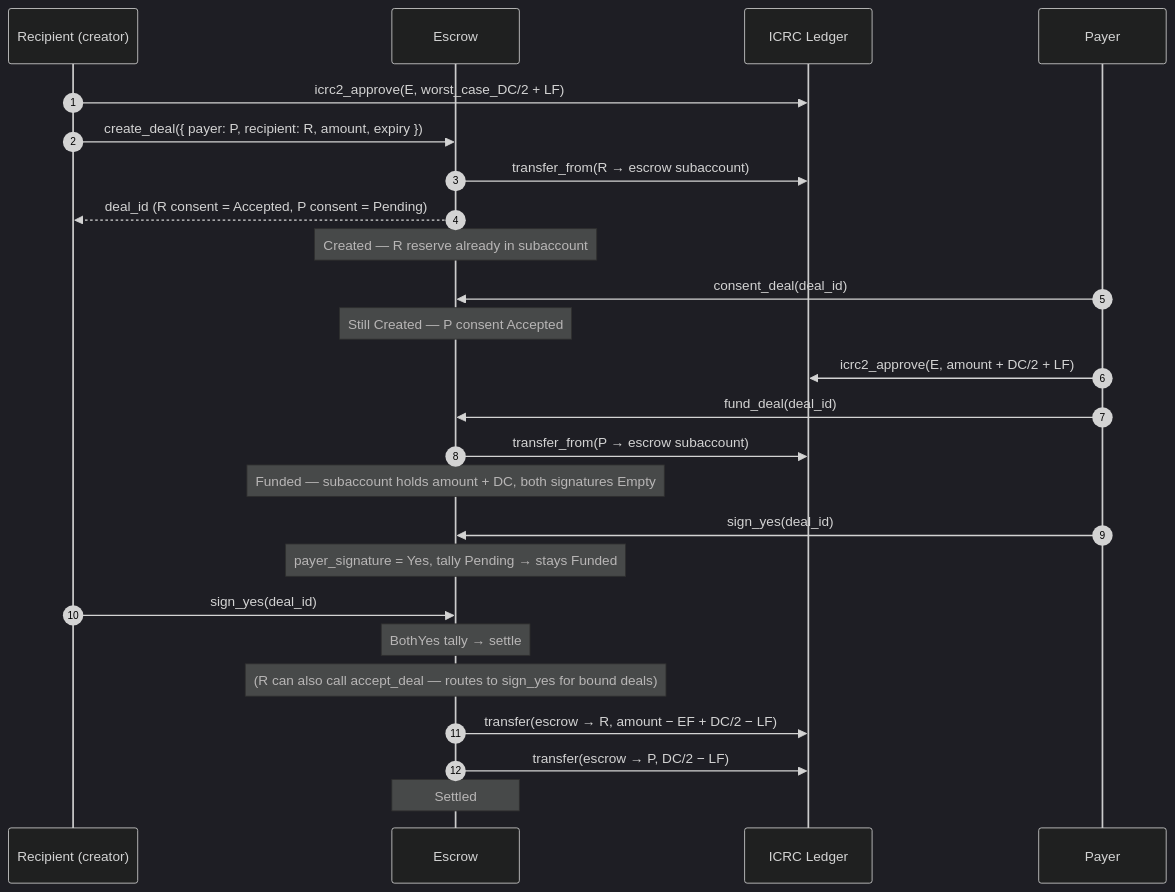
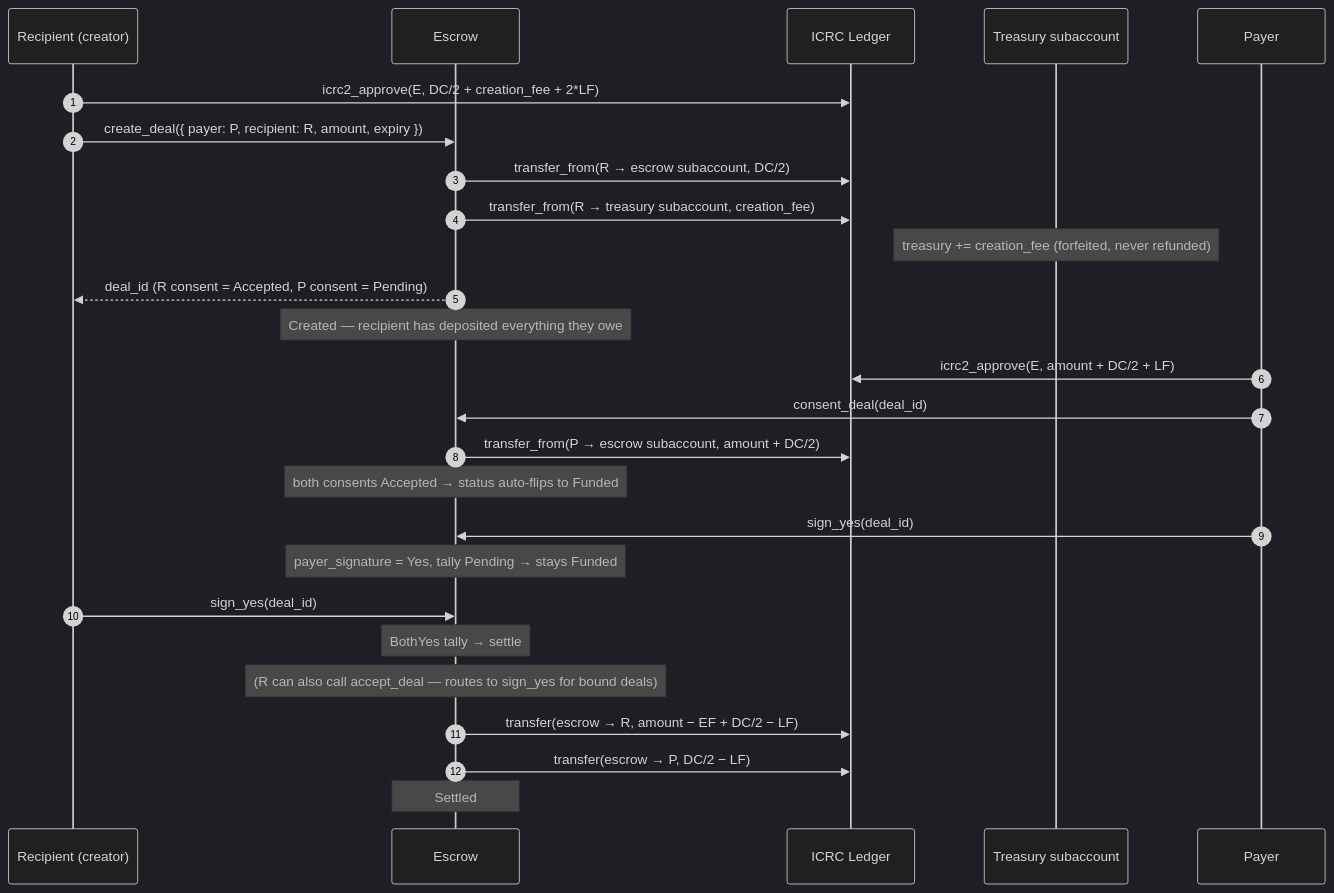
The first of 2 diagrams in docs/flows/recipient-creator.md (AntonioVentilii/escrow), drawn with Mermaid (dark theme) before and after one commit. The commit also changed other lines of this file and 8 other files, not shown here.

````diff
--- a/docs/flows/recipient-creator.md
+++ b/docs/flows/recipient-creator.md
@@ -9,35 +9,34 @@
 ```mermaid
 sequenceDiagram
     autonumber
     participant R as Recipient (creator)
     participant E as Escrow
     participant L as ICRC Ledger
+    participant T as Treasury subaccount
     participant P as Payer
 
-    %% --- Pre-approve + create (deposits DC/2 atomically) ---
-    R->>L: icrc2_approve(E, worst_case_DC/2 + LF)
+    %% --- Pre-approve + create (deposits DC/2 + creation_fee atomically) ---
+    R->>L: icrc2_approve(E, DC/2 + creation_fee + 2*LF)
     R->>E: create_deal({ payer: P, recipient: R, amount, expiry })
-    E->>L: transfer_from(R → escrow subaccount)
+    E->>L: transfer_from(R → escrow subaccount, DC/2)
+    E->>L: transfer_from(R → treasury subaccount, creation_fee)
+    Note over T: treasury += creation_fee (forfeited, never refunded)
     E-->>R: deal_id (R consent = Accepted, P consent = Pending)
-    Note over E: Created — R reserve already in subaccount
+    Note over E: Created — recipient has deposited everything they owe
 
-    %% --- Payer consent (state flip only, no money) ---
+    %% --- Payer consent (deposits amount + DC/2 + auto-flips to Funded) ---
+    P->>L: icrc2_approve(E, amount + DC/2 + LF)
     P->>E: consent_deal(deal_id)
-    Note over E: Still Created — P consent Accepted
+    E->>L: transfer_from(P → escrow subaccount, amount + DC/2)
+    Note over E: both consents Accepted → status auto-flips to Funded
 
-    %% --- Payer fund ---
-    P->>L: icrc2_approve(E, amount + DC/2 + LF)
-    P->>E: fund_deal(deal_id)
-    E->>L: transfer_from(P → escrow subaccount)
-    Note over E: Funded — subaccount holds amount + DC, both signatures Empty
-
-    %% --- Two-signature tally (happy path) ---
+    %% --- Two-signature tally (happy path: both Yes) ---
     P->>E: sign_yes(deal_id)
     Note over E: payer_signature = Yes, tally Pending → stays Funded
     R->>E: sign_yes(deal_id)
     Note over E: BothYes tally → settle
     Note over E: (R can also call accept_deal — routes to sign_yes for bound deals)
     E->>L: transfer(escrow → R, amount − EF + DC/2 − LF)
     E->>L: transfer(escrow → P, DC/2 − LF)
     Note over E: Settled
 ```
````
